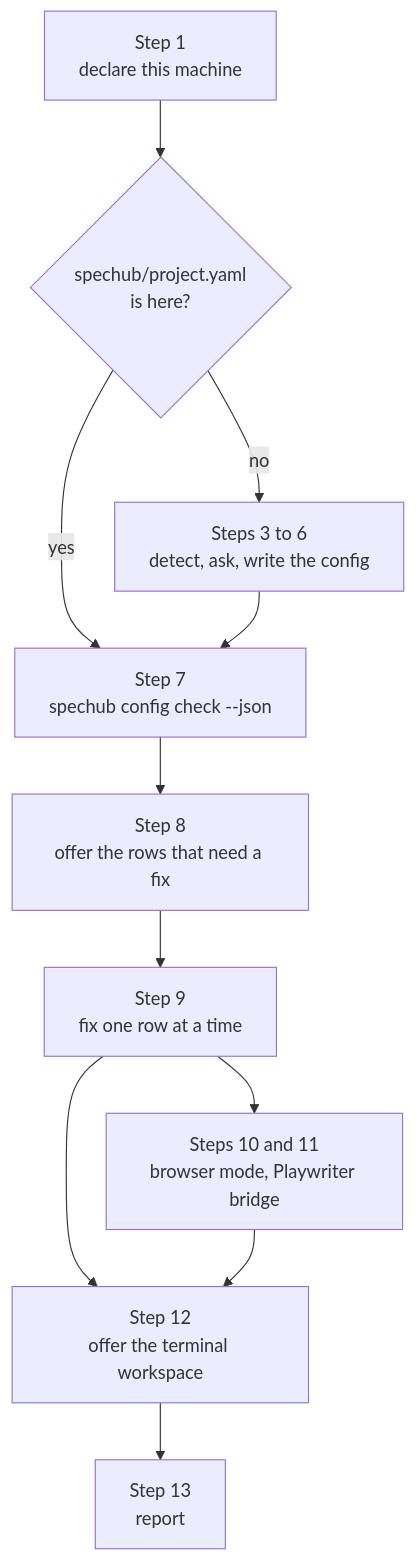
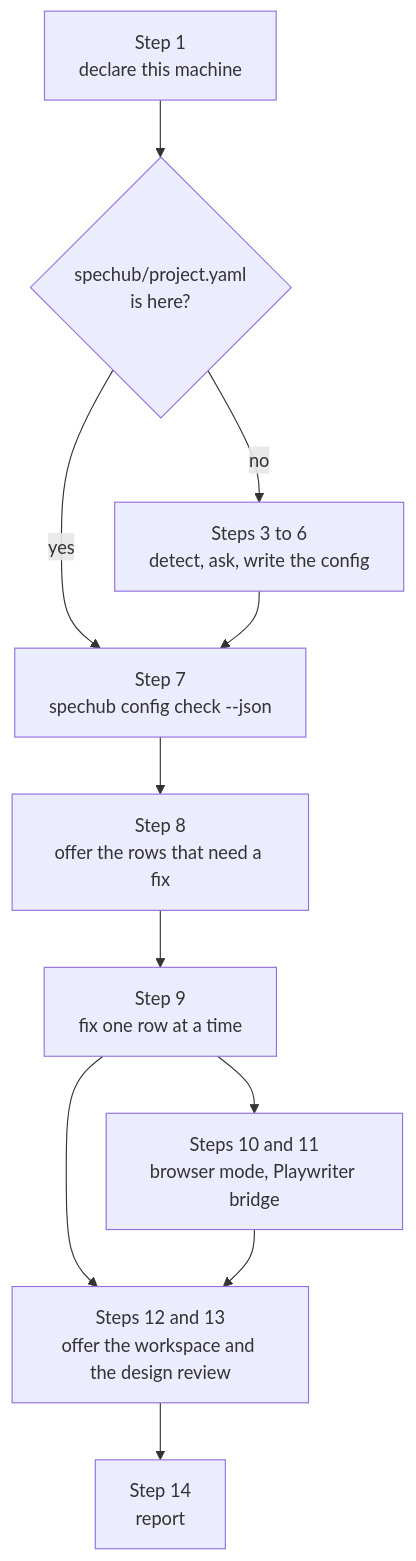
Before and after one commit to ac8318740/spechub: the diagram in skills/setup/SKILL.md, drawn with Mermaid. The commit also changed other lines of this file and 11 other files, not shown here.

````diff
--- a/skills/setup/SKILL.md
+++ b/skills/setup/SKILL.md
@@ -19,13 +19,13 @@
 ```mermaid
 flowchart TD
     HOST["Step 1<br/>declare this machine"] --> FORK{"spechub/project.yaml<br/>is here?"}
     FORK -- no --> FIRST["Steps 3 to 6<br/>detect, ask, write the config"]
     FORK -- yes --> CHECK
     FIRST --> CHECK["Step 7<br/>spechub config check --json"]
     CHECK --> MENU["Step 8<br/>offer the rows that need a fix"]
     MENU --> FIX["Step 9<br/>fix one row at a time"]
     FIX --> BROWSER["Steps 10 and 11<br/>browser mode, Playwriter bridge"]
-    FIX --> TW["Step 12<br/>offer the terminal workspace"]
-    TW --> REPORT["Step 13<br/>report"]
-    BROWSER --> TW
+    FIX --> OFFERS["Steps 12 and 13<br/>offer the workspace and the design review"]
+    OFFERS --> REPORT["Step 14<br/>report"]
+    BROWSER --> OFFERS
 ```
````
